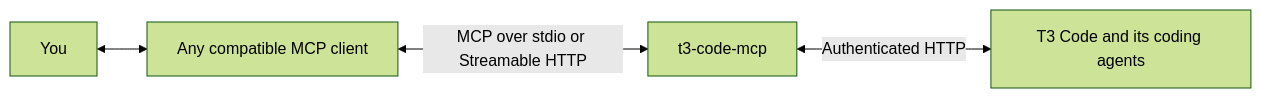
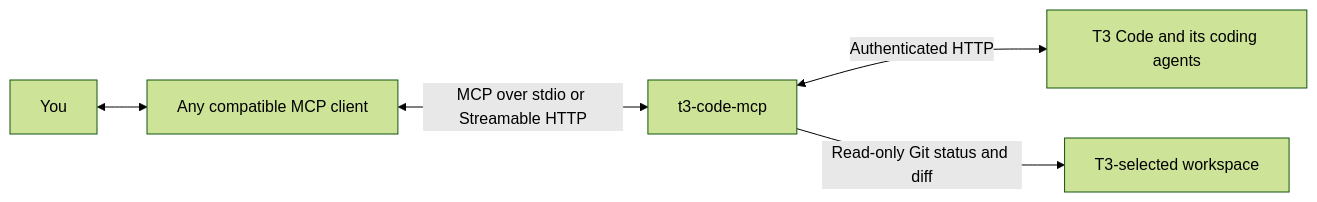
One commit to MaximilianMauroner/t3code-mcp changed the diagram in README.md. Above: the diagram before and after it, drawn with Mermaid (forest theme). The commit also changed other lines of this file and 11 other files, not shown here.

Commit message:
Add direct Git status and diff inspection

````diff
--- a/README.md
+++ b/README.md
@@ -9,6 +9,7 @@
 ```mermaid
 flowchart LR
     User[You] <--> Client[Any compatible MCP client]
     Client <-->|MCP over stdio or Streamable HTTP| Gateway[t3-code-mcp]
     Gateway <-->|Authenticated HTTP| T3[T3 Code and its coding agents]
+    Gateway -->|Read-only Git status and diff| Workspace[T3-selected workspace]
 ```
````
